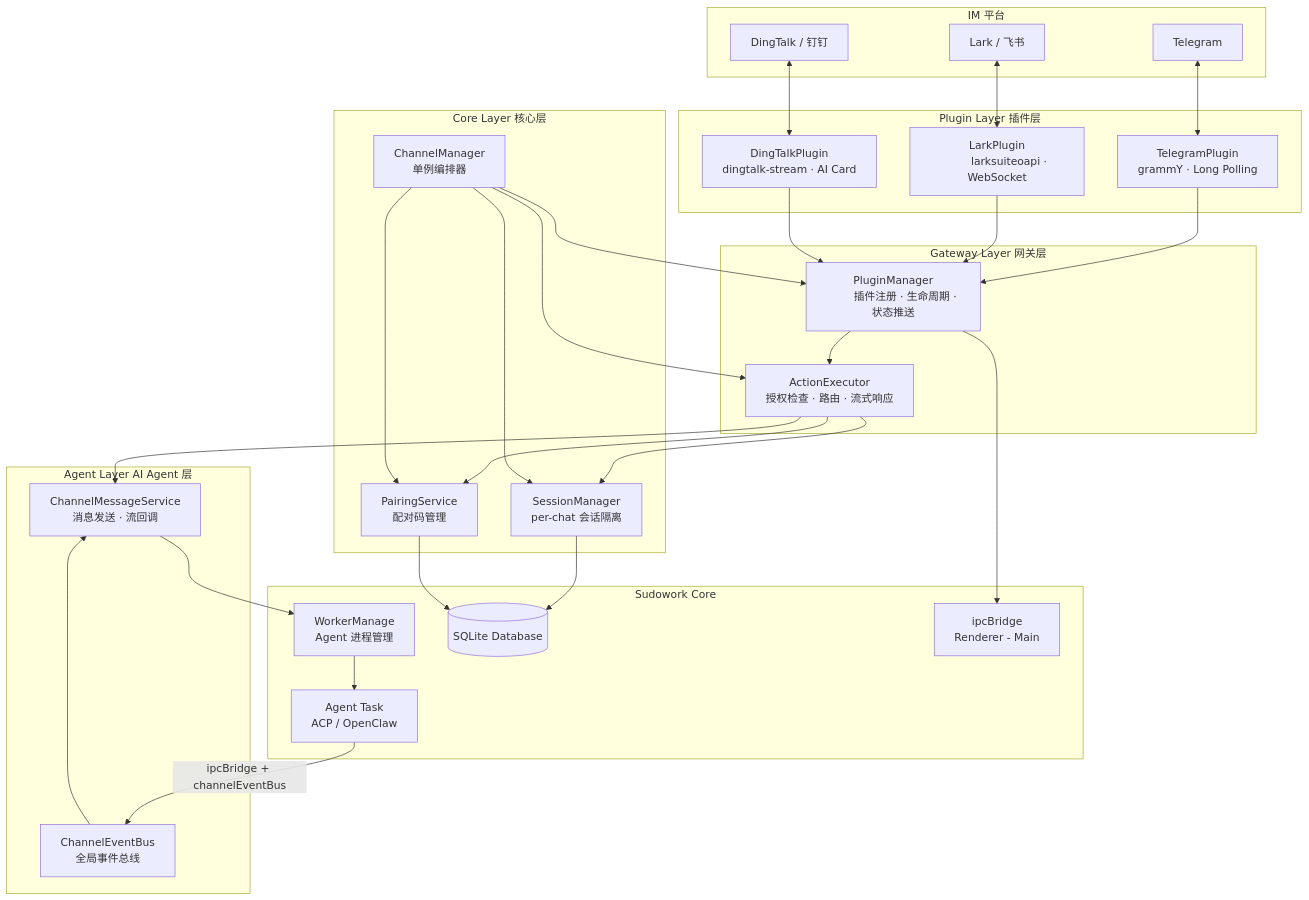
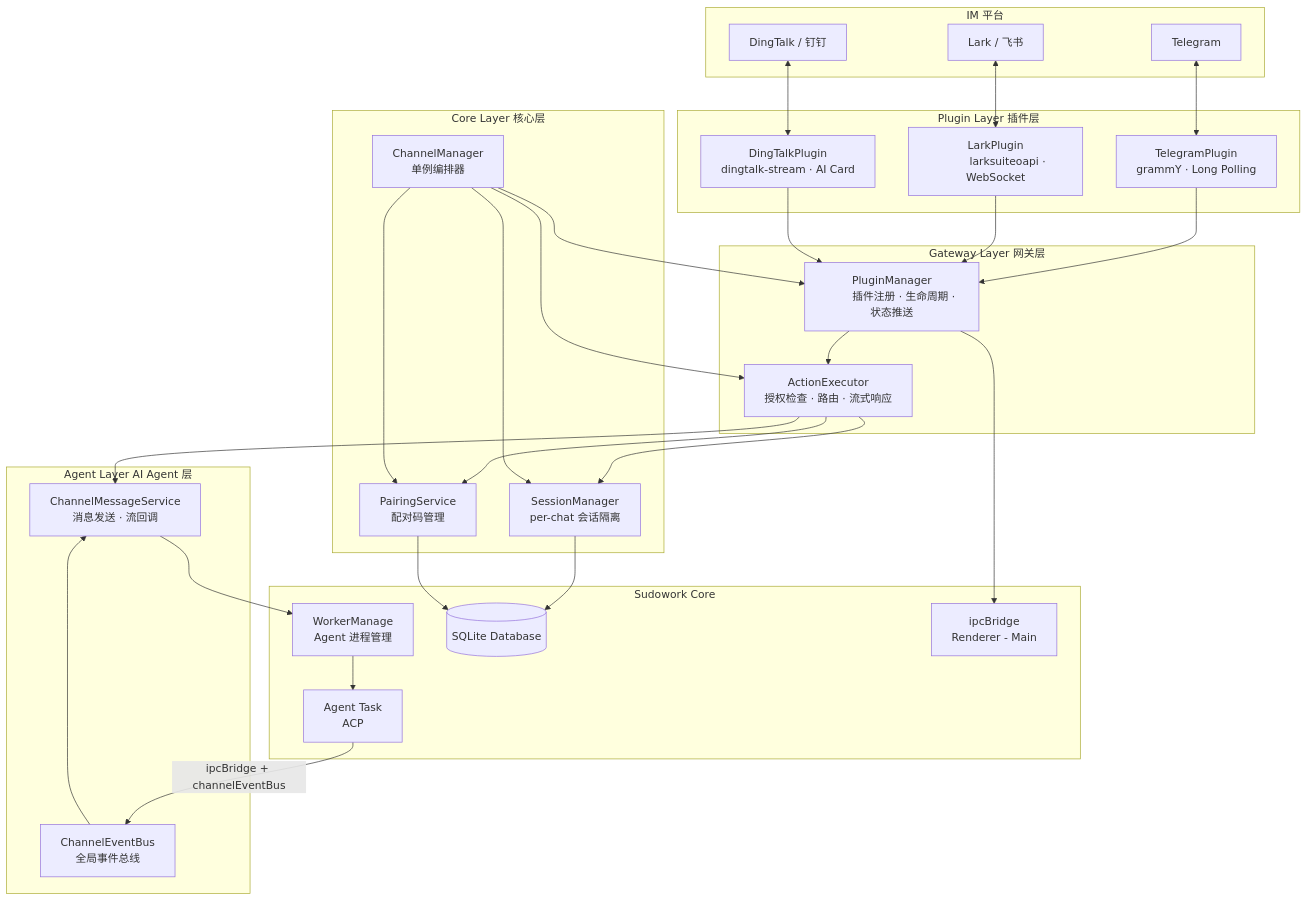
One commit to sudoprivacy/sudowork changed the first of 2 diagrams in src/channels/ARCHITECTURE.md. Above: the diagram before and after it, drawn with Mermaid. The commit also changed other lines of this file and 85 other files, not shown here.

````diff
--- a/src/channels/ARCHITECTURE.md
+++ b/src/channels/ARCHITECTURE.md
@@ -84,77 +84,77 @@
 ```mermaid
 graph TB
     subgraph "IM 平台"
         TG[Telegram]
         LK[Lark / 飞书]
         DT[DingTalk / 钉钉]
     end
 
     subgraph "Plugin Layer 插件层"
         TP["TelegramPlugin
         grammY · Long Polling"]
         LP["LarkPlugin
         larksuiteoapi · WebSocket"]
         DP["DingTalkPlugin
         dingtalk-stream · AI Card"]
     end
 
     subgraph "Gateway Layer 网关层"
         PM["PluginManager
         插件注册 · 生命周期 · 状态推送"]
         AE["ActionExecutor
         授权检查 · 路由 · 流式响应"]
     end
 
     subgraph "Core Layer 核心层"
         CM["ChannelManager
         单例编排器"]
         SM["SessionManager
         per-chat 会话隔离"]
         PS["PairingService
         配对码管理"]
     end
 
     subgraph "Agent Layer AI Agent 层"
         CMS["ChannelMessageService
         消息发送 · 流回调"]
         CEB["ChannelEventBus
         全局事件总线"]
     end
 
     subgraph "Sudowork Core"
         WM["WorkerManage
         Agent 进程管理"]
         AGT["Agent Task
-        ACP / OpenClaw"]
+        ACP"]
         DB[("SQLite Database")]
         IPC["ipcBridge
         Renderer - Main"]
     end
 
     TG <--> TP
     LK <--> LP
     DT <--> DP
 
     TP --> PM
     LP --> PM
     DP --> PM
 
     PM --> AE
     AE --> SM
     AE --> PS
     AE --> CMS
 
     CM --> PM
     CM --> SM
     CM --> PS
     CM --> AE
 
     CMS --> WM
     WM --> AGT
     AGT -->|"ipcBridge + channelEventBus"| CEB
     CEB --> CMS
 
     SM --> DB
     PS --> DB
     PM --> IPC
 ```
````
